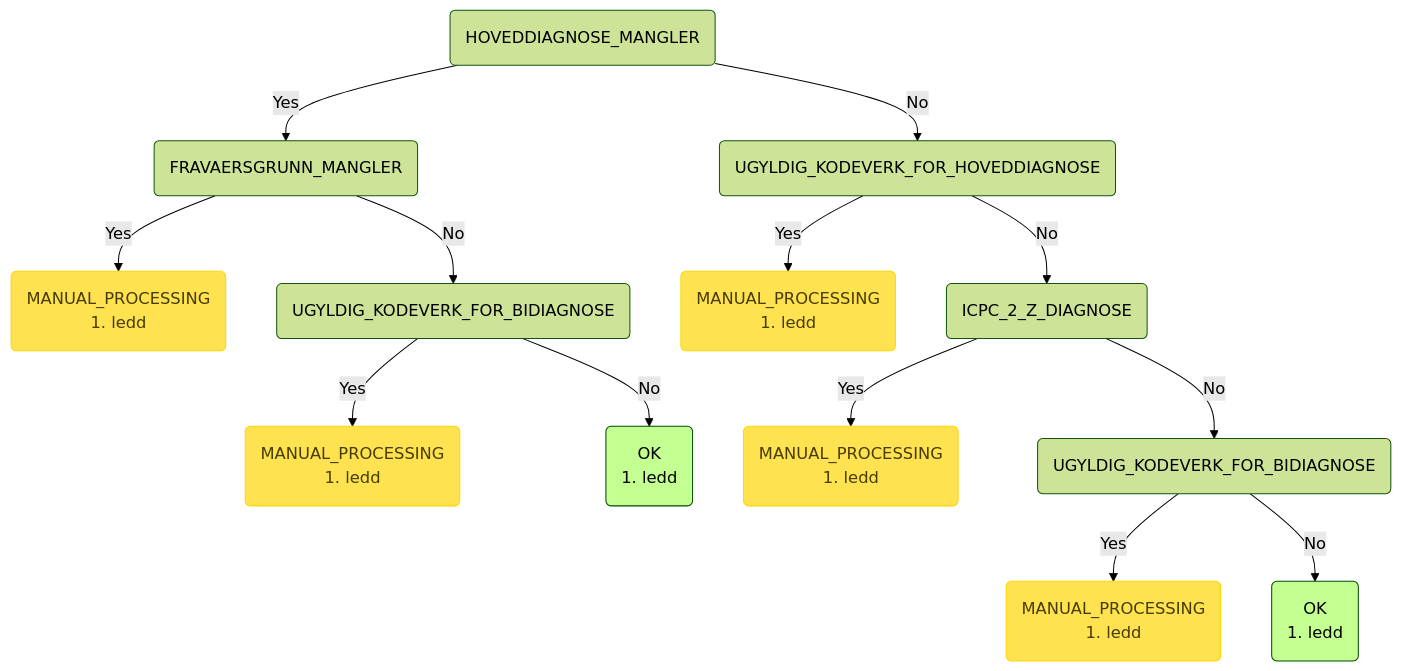
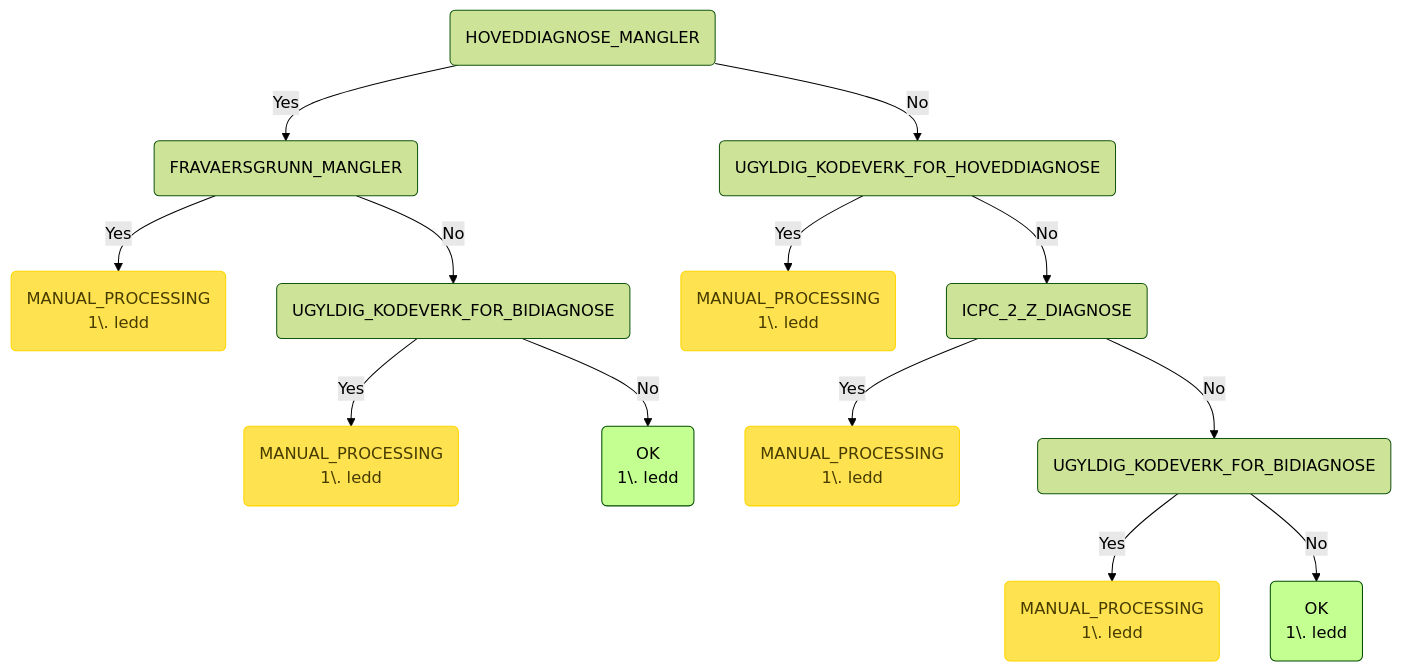
One commit to navikt/syfosmpapirregler changed the fifth of 8 diagrams in README.md. Above: the diagram before and after it, drawn with Mermaid (forest theme). The commit also changed other lines of this file and 1 other file, not shown here.

````diff
--- a/README.md
+++ b/README.md
@@ -176,23 +170,25 @@
 ```mermaid
 graph TD
     root(HOVEDDIAGNOSE_MANGLER) -->|Yes| root_HOVEDDIAGNOSE_MANGLER_FRAVAERSGRUNN_MANGLER(FRAVAERSGRUNN_MANGLER)
     root_HOVEDDIAGNOSE_MANGLER_FRAVAERSGRUNN_MANGLER(FRAVAERSGRUNN_MANGLER) -->|Yes| root_HOVEDDIAGNOSE_MANGLER_FRAVAERSGRUNN_MANGLER_MANUAL_PROCESSING(MANUAL_PROCESSING
-1. ledd):::manuell
+1\. ledd):::manuell
     root_HOVEDDIAGNOSE_MANGLER_FRAVAERSGRUNN_MANGLER(FRAVAERSGRUNN_MANGLER) -->|No| root_HOVEDDIAGNOSE_MANGLER_FRAVAERSGRUNN_MANGLER_UGYLDIG_KODEVERK_FOR_BIDIAGNOSE(UGYLDIG_KODEVERK_FOR_BIDIAGNOSE)
     root_HOVEDDIAGNOSE_MANGLER_FRAVAERSGRUNN_MANGLER_UGYLDIG_KODEVERK_FOR_BIDIAGNOSE(UGYLDIG_KODEVERK_FOR_BIDIAGNOSE) -->|Yes| root_HOVEDDIAGNOSE_MANGLER_FRAVAERSGRUNN_MANGLER_UGYLDIG_KODEVERK_FOR_BIDIAGNOSE_MANUAL_PROCESSING(MANUAL_PROCESSING
-1. ledd):::manuell
-    root_HOVEDDIAGNOSE_MANGLER_FRAVAERSGRUNN_MANGLER_UGYLDIG_KODEVERK_FOR_BIDIAGNOSE(UGYLDIG_KODEVERK_FOR_BIDIAGNOSE) -->|No| root_HOVEDDIAGNOSE_MANGLER_FRAVAERSGRUNN_MANGLER_UGYLDIG_KODEVERK_FOR_BIDIAGNOSE_OK(OK <br/>1. ledd):::ok
+1\. ledd):::manuell
+    root_HOVEDDIAGNOSE_MANGLER_FRAVAERSGRUNN_MANGLER_UGYLDIG_KODEVERK_FOR_BIDIAGNOSE(UGYLDIG_KODEVERK_FOR_BIDIAGNOSE) -->|No| root_HOVEDDIAGNOSE_MANGLER_FRAVAERSGRUNN_MANGLER_UGYLDIG_KODEVERK_FOR_BIDIAGNOSE_OK(OK
+1\. ledd):::ok
     root(HOVEDDIAGNOSE_MANGLER) -->|No| root_HOVEDDIAGNOSE_MANGLER_UGYLDIG_KODEVERK_FOR_HOVEDDIAGNOSE(UGYLDIG_KODEVERK_FOR_HOVEDDIAGNOSE)
     root_HOVEDDIAGNOSE_MANGLER_UGYLDIG_KODEVERK_FOR_HOVEDDIAGNOSE(UGYLDIG_KODEVERK_FOR_HOVEDDIAGNOSE) -->|Yes| root_HOVEDDIAGNOSE_MANGLER_UGYLDIG_KODEVERK_FOR_HOVEDDIAGNOSE_MANUAL_PROCESSING(MANUAL_PROCESSING
-1. ledd):::manuell
+1\. ledd):::manuell
     root_HOVEDDIAGNOSE_MANGLER_UGYLDIG_KODEVERK_FOR_HOVEDDIAGNOSE(UGYLDIG_KODEVERK_FOR_HOVEDDIAGNOSE) -->|No| root_HOVEDDIAGNOSE_MANGLER_UGYLDIG_KODEVERK_FOR_HOVEDDIAGNOSE_ICPC_2_Z_DIAGNOSE(ICPC_2_Z_DIAGNOSE)
     root_HOVEDDIAGNOSE_MANGLER_UGYLDIG_KODEVERK_FOR_HOVEDDIAGNOSE_ICPC_2_Z_DIAGNOSE(ICPC_2_Z_DIAGNOSE) -->|Yes| root_HOVEDDIAGNOSE_MANGLER_UGYLDIG_KODEVERK_FOR_HOVEDDIAGNOSE_ICPC_2_Z_DIAGNOSE_MANUAL_PROCESSING(MANUAL_PROCESSING
-1. ledd):::manuell
+1\. ledd):::manuell
     root_HOVEDDIAGNOSE_MANGLER_UGYLDIG_KODEVERK_FOR_HOVEDDIAGNOSE_ICPC_2_Z_DIAGNOSE(ICPC_2_Z_DIAGNOSE) -->|No| root_HOVEDDIAGNOSE_MANGLER_UGYLDIG_KODEVERK_FOR_HOVEDDIAGNOSE_ICPC_2_Z_DIAGNOSE_UGYLDIG_KODEVERK_FOR_BIDIAGNOSE(UGYLDIG_KODEVERK_FOR_BIDIAGNOSE)
     root_HOVEDDIAGNOSE_MANGLER_UGYLDIG_KODEVERK_FOR_HOVEDDIAGNOSE_ICPC_2_Z_DIAGNOSE_UGYLDIG_KODEVERK_FOR_BIDIAGNOSE(UGYLDIG_KODEVERK_FOR_BIDIAGNOSE) -->|Yes| root_HOVEDDIAGNOSE_MANGLER_UGYLDIG_KODEVERK_FOR_HOVEDDIAGNOSE_ICPC_2_Z_DIAGNOSE_UGYLDIG_KODEVERK_FOR_BIDIAGNOSE_MANUAL_PROCESSING(MANUAL_PROCESSING
-1. ledd):::manuell
-    root_HOVEDDIAGNOSE_MANGLER_UGYLDIG_KODEVERK_FOR_HOVEDDIAGNOSE_ICPC_2_Z_DIAGNOSE_UGYLDIG_KODEVERK_FOR_BIDIAGNOSE(UGYLDIG_KODEVERK_FOR_BIDIAGNOSE) -->|No| root_HOVEDDIAGNOSE_MANGLER_UGYLDIG_KODEVERK_FOR_HOVEDDIAGNOSE_ICPC_2_Z_DIAGNOSE_UGYLDIG_KODEVERK_FOR_BIDIAGNOSE_OK(OK <br/>1. ledd):::ok
+1\. ledd):::manuell
+    root_HOVEDDIAGNOSE_MANGLER_UGYLDIG_KODEVERK_FOR_HOVEDDIAGNOSE_ICPC_2_Z_DIAGNOSE_UGYLDIG_KODEVERK_FOR_BIDIAGNOSE(UGYLDIG_KODEVERK_FOR_BIDIAGNOSE) -->|No| root_HOVEDDIAGNOSE_MANGLER_UGYLDIG_KODEVERK_FOR_HOVEDDIAGNOSE_ICPC_2_Z_DIAGNOSE_UGYLDIG_KODEVERK_FOR_BIDIAGNOSE_OK(OK
+1\. ledd):::ok
     classDef ok fill:#c3ff91,stroke:#004a00,color: black;
     classDef invalid fill:#ff7373,stroke:#ff0000,color: black;
     classDef manuell fill:#ffe24f,stroke:#ffd500,color: #473c00;
 ```
````
